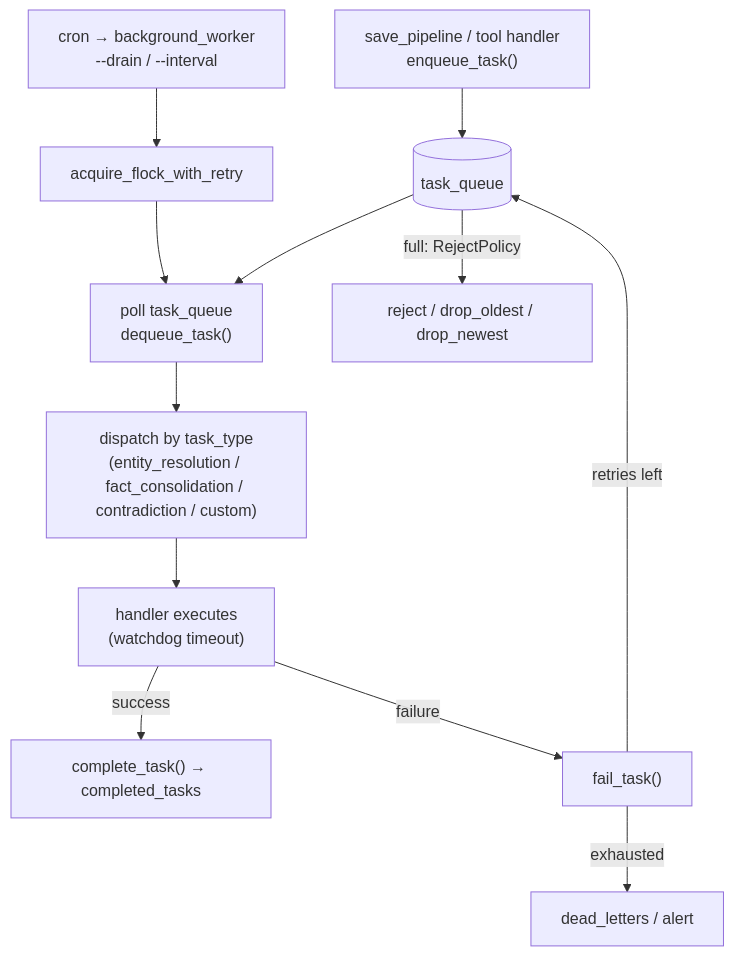
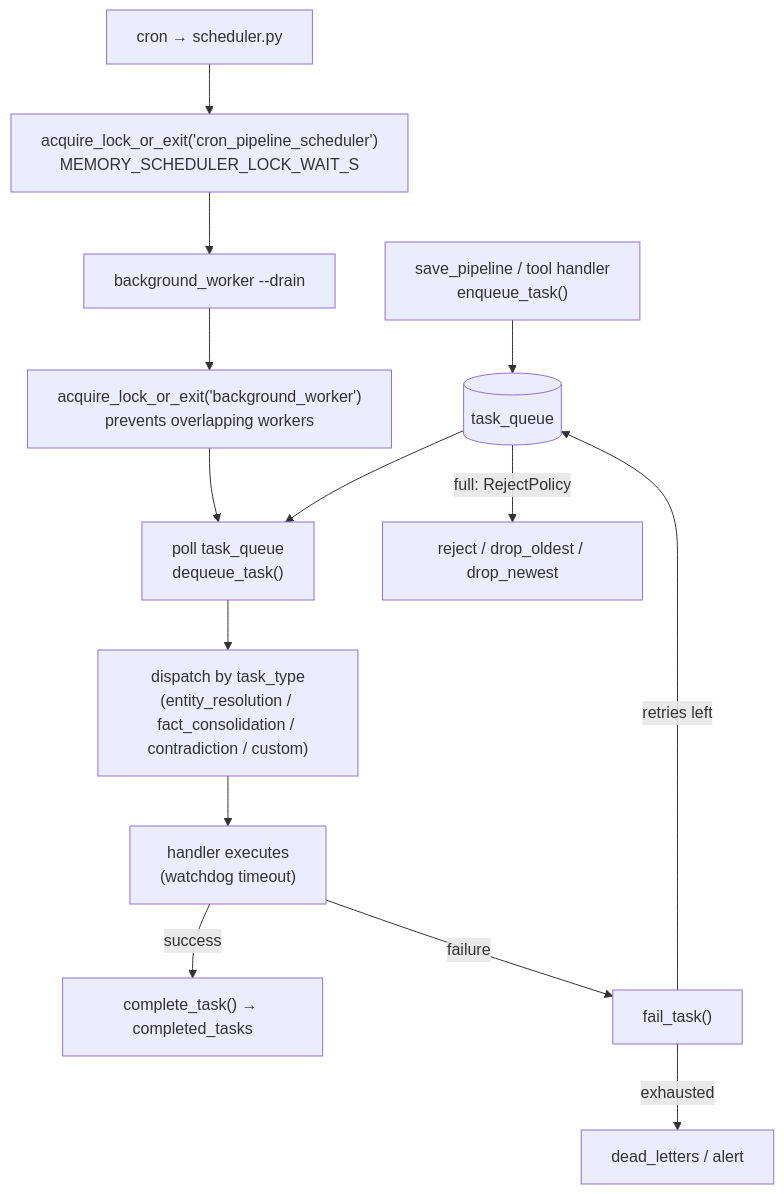
Before and after one commit to ArkaAiAdmin/Agentic-Memory: the second of 2 diagrams in docs/concepts/background-tasks.md, drawn with Mermaid. The commit also changed 3 other files, not shown here.

First line of the commit message:
feat(cron): scheduler overlap protection via flock lock

````diff
--- a/docs/concepts/background-tasks.md
+++ b/docs/concepts/background-tasks.md
@@ -33,14 +33,16 @@
 ```mermaid
 flowchart TD
     ENQ["save_pipeline / tool handler<br/>enqueue_task()"] --> Q[("task_queue")]
-    CRON["cron → background_worker<br/>--drain / --interval"] --> LOCK["acquire_flock_with_retry"]
-    LOCK --> POLL["poll task_queue<br/>dequeue_task()"]
+    CRON["cron → scheduler.py"] --> SCHED_LOCK["acquire_lock_or_exit('cron_pipeline_scheduler')<br/>MEMORY_SCHEDULER_LOCK_WAIT_S"]
+    SCHED_LOCK --> BG["background_worker --drain"]
+    BG --> WORKER_LOCK["acquire_lock_or_exit('background_worker')<br/>prevents overlapping workers"]
+    WORKER_LOCK --> POLL["poll task_queue<br/>dequeue_task()"]
     Q --> POLL
     POLL --> H["dispatch by task_type<br/>(entity_resolution / fact_consolidation / contradiction / custom)"]
     H --> EXEC["handler executes<br/>(watchdog timeout)"]
     EXEC -->|success| DONE["complete_task() → completed_tasks"]
     EXEC -->|failure| FAIL["fail_task()"]
     FAIL -->|retries left| Q
     FAIL -->|exhausted| DEAD["dead_letters / alert"]
     Q -->|full: RejectPolicy| REJ["reject / drop_oldest / drop_newest"]
 ```
````
